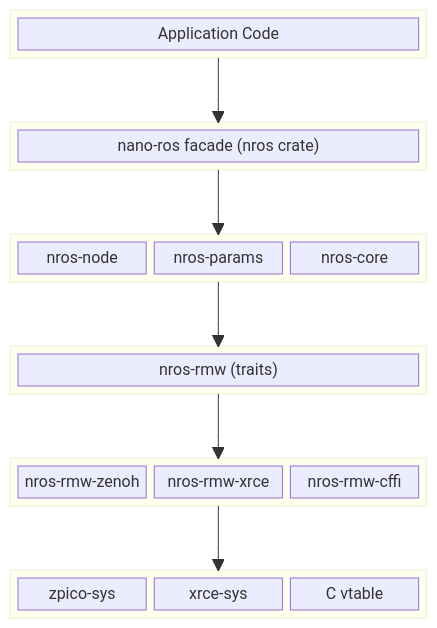
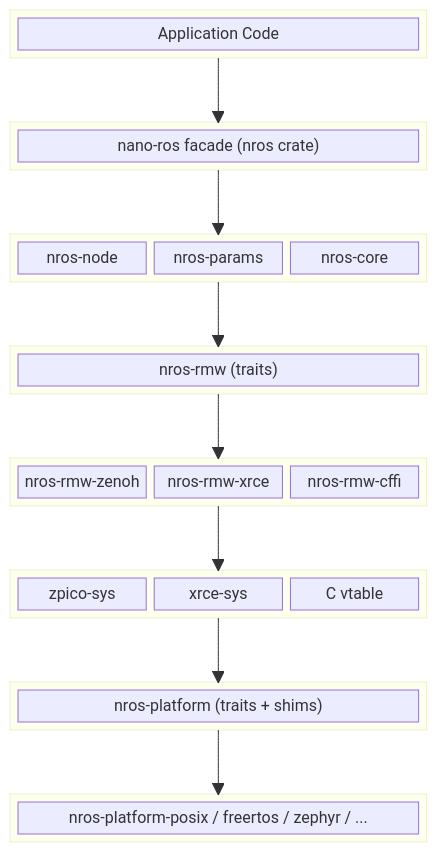
The first of 15 diagrams in book/src/concepts/architecture.md (NEWSLabNTU/nano-ros), drawn with Mermaid before and after one commit. The commit also changed other lines of this file and 10 other files, not shown here.

````diff
--- a/book/src/concepts/architecture.md
+++ b/book/src/concepts/architecture.md
@@ -9,50 +9,64 @@
 ```mermaid
 block-beta
   columns 3
 
   block:app:3
     A["Application Code"]
   end
 
   space:3
 
   block:facade:3
     B["nano-ros facade (nros crate)"]
   end
 
   space:3
 
   block:core:3
     C["nros-node"]
     D["nros-params"]
     E["nros-core"]
   end
 
   space:3
 
   block:rmw:3
     H["nros-rmw (traits)"]
   end
 
   space:3
 
   block:backends:3
     I["nros-rmw-zenoh"]
     J["nros-rmw-xrce"]
     K["nros-rmw-cffi"]
   end
 
   space:3
 
   block:transport:3
     L["zpico-sys"]
     M["xrce-sys"]
     N["C vtable"]
   end
 
+  space:3
+
+  block:platform:3
+    O["nros-platform (traits + shims)"]
+  end
+
+  space:3
+
+  block:hw:3
+    P["nros-platform-posix / freertos / zephyr / ..."]
+  end
+
   app --> facade
   facade --> core
   core --> rmw
   rmw --> backends
   backends --> transport
+  transport --> platform
+  platform --> hw
 ```
````
